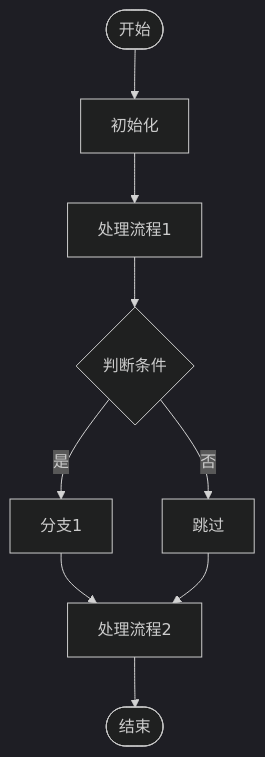
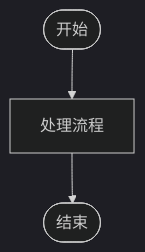
Before and after one commit to effiy/YrY: the third of 4 diagrams in skills/generate-document/templates/需求任务.md, drawn with Mermaid (dark theme). The commit also changed other lines of this file and 126 other files, not shown here.

````diff
--- a/skills/generate-document/templates/需求任务.md
+++ b/skills/generate-document/templates/需求任务.md
@@ -70,11 +55,5 @@
 ```mermaid
 flowchart TD
-    Start([开始]) --> Init[初始化]
-    Init --> Process1[处理流程1]
-    Process1 --> Check1{判断条件}
-    Check1 -->|是| Branch1[分支1]
-    Check1 -->|否| Skip1[跳过]
-    Branch1 --> Process2[处理流程2]
-    Skip1 --> Process2
-    Process2 --> End([结束])
+    Start([开始]) --> Process[处理流程]
+    Process --> End([结束])
 ```
````
